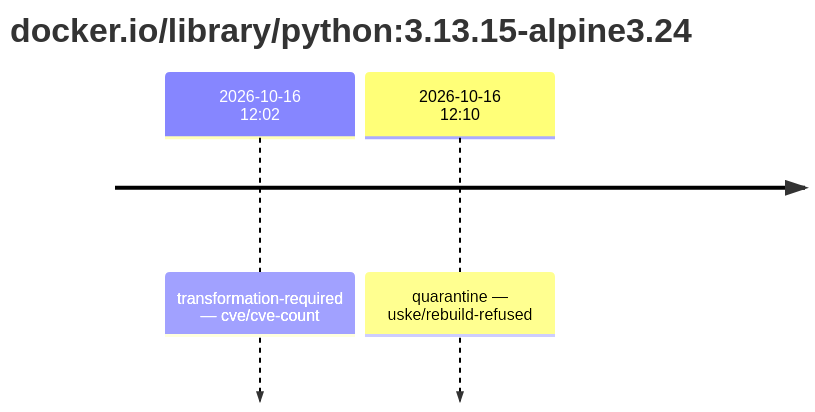
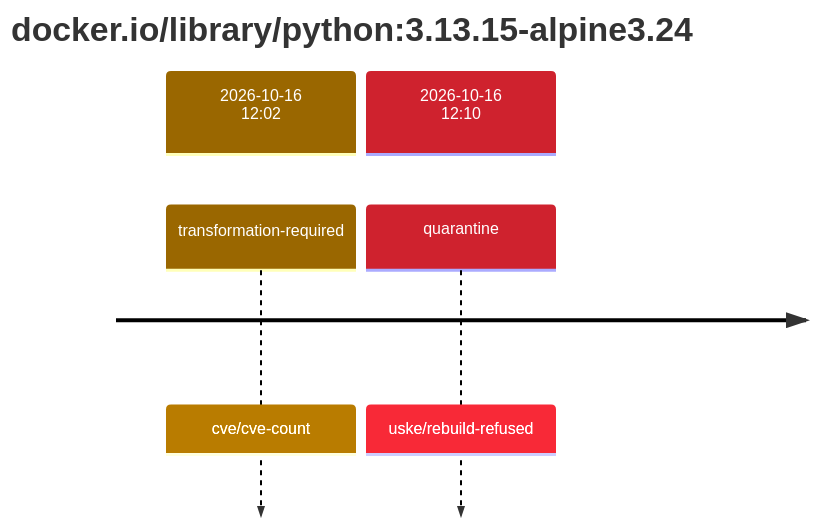
Before and after one commit to trivoallan/base-images: the first of 2 diagrams in results/reports/base-python-3/sha256:33d9c701fd82efb0351becac53606082ee382017eaeddba7b91d6cf748238f1c.md, drawn with Mermaid. The commit also changed other lines of this file and 12 other files, not shown here.

````diff
--- a/results/reports/base-python-3/sha256:33d9c701fd82efb0351becac53606082ee382017eaeddba7b91d6cf748238f1c.md
+++ b/results/reports/base-python-3/sha256:33d9c701fd82efb0351becac53606082ee382017eaeddba7b91d6cf748238f1c.md
@@ -5,6 +5,9 @@
 ```mermaid
+%%{init: {"theme": "default", "themeVariables": {"cScale0": "#9a6700", "cScaleLabel0": "#ffffff", "cScale1": "#cf222e", "cScaleLabel1": "#ffffff"}}}%%
 timeline
     title docker.io/library/python#58;3.13.15-alpine3.24
-    2026-10-16 12#58;02 : transformation-required — cve/cve-count
-    2026-10-16 12#58;10 : quarantine — uske/rebuild-refused
+    section 2026-10-16 12#58;02
+        transformation-required : cve/cve-count
+    section 2026-10-16 12#58;10
+        quarantine : uske/rebuild-refused
 ```
````
